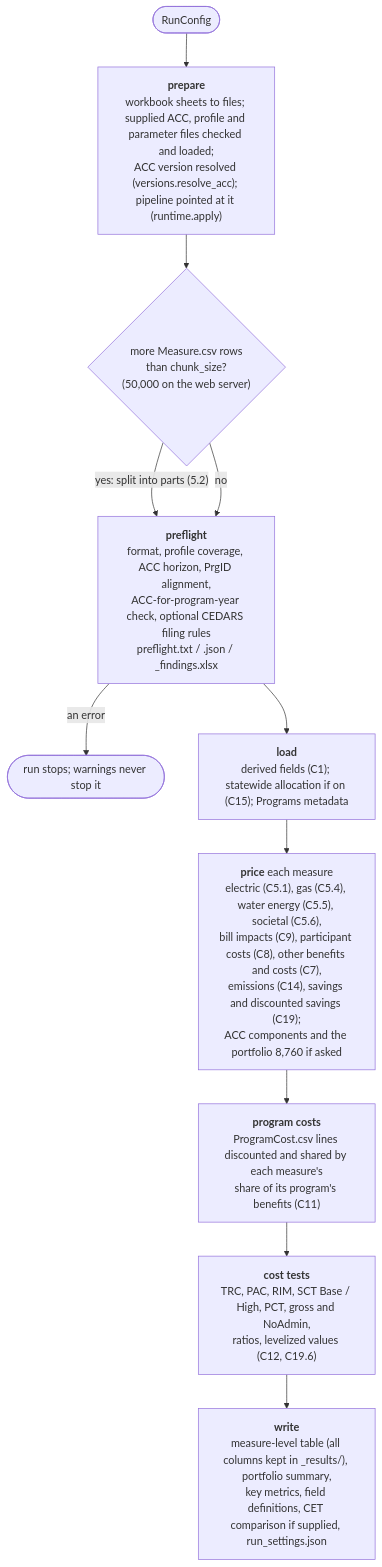
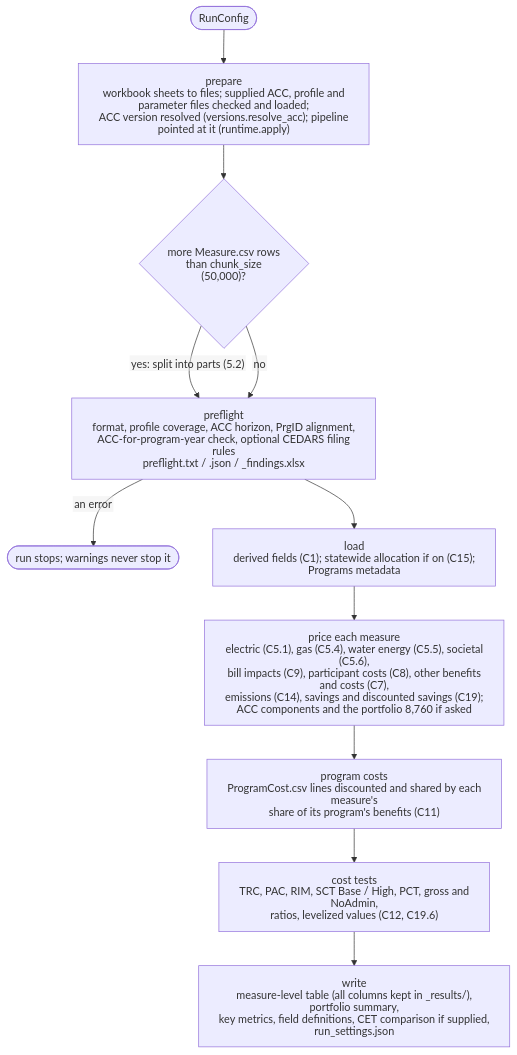
Before and after one commit to JRichardson-PGE/ReCET: the third of 7 diagrams in recet/docs/ARCHITECTURE.md, drawn with Mermaid. The commit also changed other lines of this file and 8 other files, not shown here.

First line of the commit message:
Default part size 50,000; diagrams drawn with SVG text so labels are never cut off

````diff
--- a/recet/docs/ARCHITECTURE.md
+++ b/recet/docs/ARCHITECTURE.md
@@ -170,14 +184,21 @@
 ```mermaid
+---
+config:
+  htmlLabels: false
+  flowchart:
+    htmlLabels: false
+    wrappingWidth: 400
+---
 flowchart TB
-    cfg(["RunConfig"]) --> prep["<b>prepare</b><br/>workbook sheets to files; supplied ACC, profile and parameter files checked and loaded;<br/>ACC version resolved (versions.resolve_acc); pipeline pointed at it (runtime.apply)"]
-    prep --> split{"more Measure.csv rows<br/>than chunk_size?<br/>(50,000 on the web server)"}
+    cfg(["RunConfig"]) --> prep["prepare<br/>workbook sheets to files; supplied ACC, profile and parameter files checked and loaded;<br/>ACC version resolved (versions.resolve_acc); pipeline pointed at it (runtime.apply)"]
+    prep --> split{"more Measure.csv rows<br/>than chunk_size<br/>(50,000)?"}
     split -->|"yes: split into parts (5.2)"| pre
     split -->|no| pre
-    pre["<b>preflight</b><br/>format, profile coverage, ACC horizon, PrgID alignment,<br/>ACC-for-program-year check, optional CEDARS filing rules<br/>preflight.txt / .json / _findings.xlsx"]
+    pre["preflight<br/>format, profile coverage, ACC horizon, PrgID alignment,<br/>ACC-for-program-year check, optional CEDARS filing rules<br/>preflight.txt / .json / _findings.xlsx"]
     pre -->|"an error"| stop(["run stops; warnings never stop it"])
-    pre --> load["<b>load</b><br/>derived fields (C1); statewide allocation if on (C15); Programs metadata"]
-    load --> price["<b>price</b> each measure<br/>electric (C5.1), gas (C5.4), water energy (C5.5), societal (C5.6),<br/>bill impacts (C9), participant costs (C8), other benefits and costs (C7),<br/>emissions (C14), savings and discounted savings (C19);<br/>ACC components and the portfolio 8,760 if asked"]
-    price --> pc["<b>program costs</b><br/>ProgramCost.csv lines discounted and shared by each measure's<br/>share of its program's benefits (C11)"]
-    pc --> tests["<b>cost tests</b><br/>TRC, PAC, RIM, SCT Base / High, PCT, gross and NoAdmin,<br/>ratios, levelized values (C12, C19.6)"]
-    tests --> write["<b>write</b><br/>measure-level table (all columns kept in _results/), portfolio summary,<br/>key metrics, field definitions, CET comparison if supplied, run_settings.json"]
+    pre --> load["load<br/>derived fields (C1); statewide allocation if on (C15); Programs metadata"]
+    load --> price["price each measure<br/>electric (C5.1), gas (C5.4), water energy (C5.5), societal (C5.6),<br/>bill impacts (C9), participant costs (C8), other benefits and costs (C7),<br/>emissions (C14), savings and discounted savings (C19);<br/>ACC components and the portfolio 8,760 if asked"]
+    price --> pc["program costs<br/>ProgramCost.csv lines discounted and shared by each measure's<br/>share of its program's benefits (C11)"]
+    pc --> tests["cost tests<br/>TRC, PAC, RIM, SCT Base / High, PCT, gross and NoAdmin,<br/>ratios, levelized values (C12, C19.6)"]
+    tests --> write["write<br/>measure-level table (all columns kept in _results/), portfolio summary,<br/>key metrics, field definitions, CET comparison if supplied, run_settings.json"]
 ```
````
